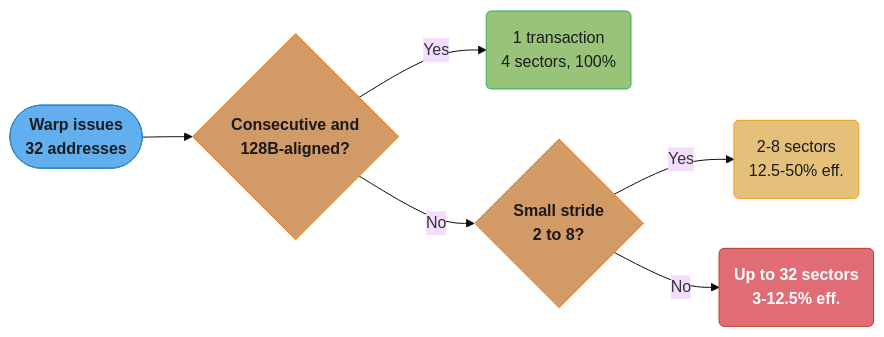
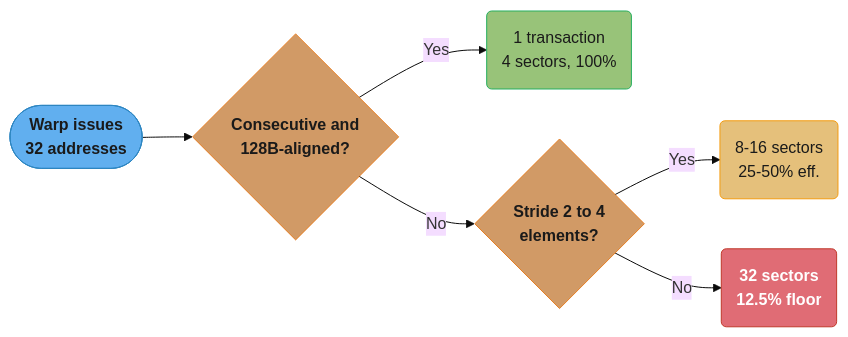
One commit to rppol/system-design changed the first of 5 diagrams in src/main/java/com/rutik/systemdesign/cuda/memory_coalescing_and_access_patterns/README.md. Above: the diagram before and after it, drawn with Mermaid (base theme). The commit also changed other lines of this file and 4 other files, not shown here.

````diff
--- a/src/main/java/com/rutik/systemdesign/cuda/memory_coalescing_and_access_patterns/README.md
+++ b/src/main/java/com/rutik/systemdesign/cuda/memory_coalescing_and_access_patterns/README.md
@@ -174,22 +175,22 @@
 ```mermaid
 flowchart LR
     classDef io      fill:#61afef,stroke:#2e86c1,color:#1a1a1a,font-weight:bold
     classDef frozen  fill:#c678dd,stroke:#9b59b6,color:#fff
     classDef train   fill:#98c379,stroke:#27ae60,color:#1a1a1a
     classDef mathOp  fill:#d19a66,stroke:#e67e22,color:#1a1a1a,font-weight:bold
     classDef lossN   fill:#e06c75,stroke:#c0392b,color:#fff,font-weight:bold
     classDef req     fill:#56b6c2,stroke:#0097a7,color:#1a1a1a
     classDef base    fill:#e5c07b,stroke:#f39c12,color:#1a1a1a
 
     warp(["Warp issues<br/>32 addresses"]) --> chk{"Consecutive and<br/>128B-aligned?"}
     chk -->|"Yes"| one("1 transaction<br/>4 sectors, 100%")
-    chk -->|"No"| gap{"Small stride<br/>2 to 8?"}
-    gap -->|"Yes"| few("2-8 sectors<br/>12.5-50% eff.")
-    gap -->|"No"| many("Up to 32 sectors<br/>3-12.5% eff.")
+    chk -->|"No"| gap{"Stride 2 to 4<br/>elements?"}
+    gap -->|"Yes"| few("8-16 sectors<br/>25-50% eff.")
+    gap -->|"No"| many("32 sectors<br/>12.5% floor")
 
     class warp io
     class chk,gap mathOp
     class one train
     class few base
     class many lossN
 ```
````
